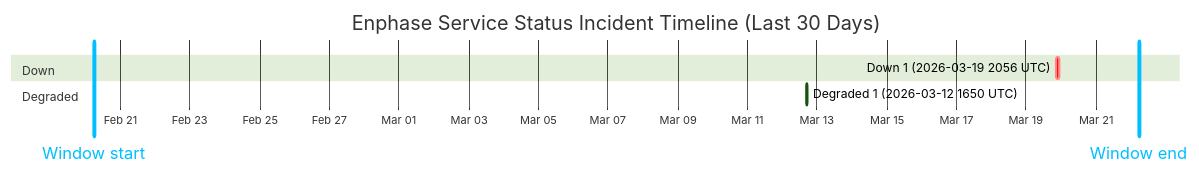
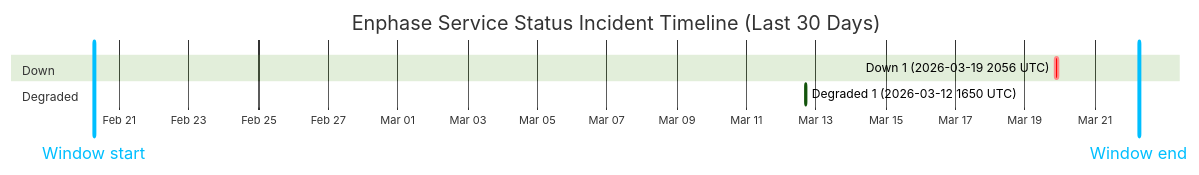
Before and after one commit to barneyonline/ha-enphase-ev-charger: the diagram in wiki/Service-Status-History.md, drawn with Mermaid (forest theme). The commit also changed other lines of this file and 3 other files, not shown here.

````diff
--- a/wiki/Service-Status-History.md
+++ b/wiki/Service-Status-History.md
@@ -14,12 +14,12 @@
 ```mermaid
 gantt
     title Enphase Service Status Incident Timeline (Last 30 Days)
     dateFormat  YYYY-MM-DDTHH:mm:ss
     axisFormat  %b %d
-    Window start :vert, window-start, 2026-02-20T05:46:13, 0ms
-    Window end :vert, window-end, 2026-03-22T05:46:13, 0ms
+    Window start :vert, window-start, 2026-02-20T06:38:44, 0ms
+    Window end :vert, window-end, 2026-03-22T06:38:44, 0ms
     section Down
     Down 1 (2026-03-19 2056 UTC) :crit, down-1, 2026-03-19T20:56:20, 145m
     section Degraded
     Degraded 1 (2026-03-12 1650 UTC) :active, degraded-1, 2026-03-12T16:50:43, 60m
 ```
````
